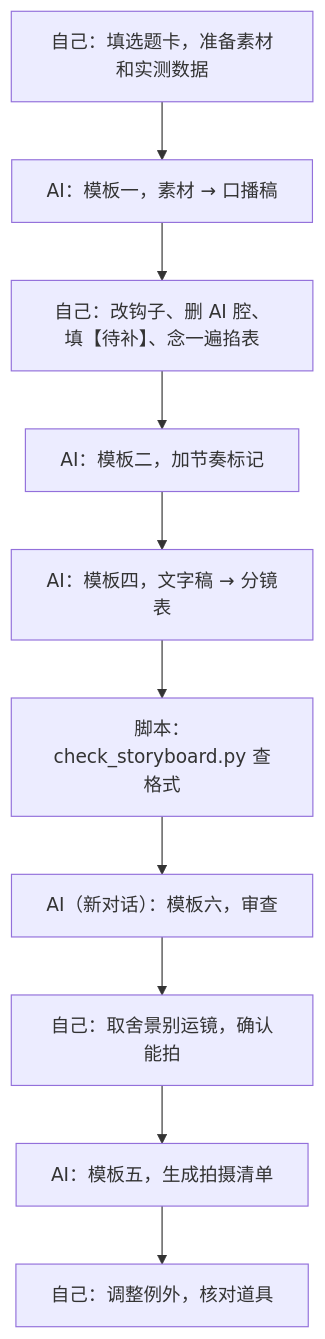
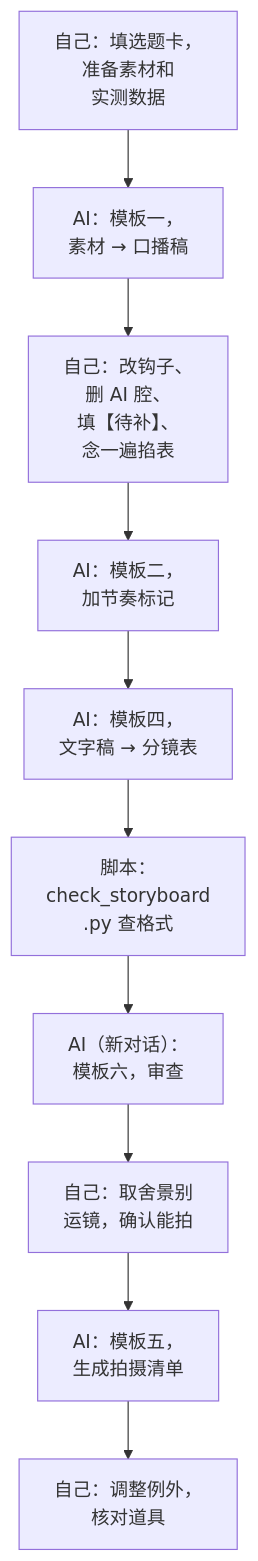
Before and after one commit to jarvis-pro/hatch-shelf: the diagram in books/video-script-storyboard/09-ai-assist.md, drawn with Mermaid. The commit also changed 432 other files, not shown here.

````diff
--- a/books/video-script-storyboard/09-ai-assist.md
+++ b/books/video-script-storyboard/09-ai-assist.md
@@ -266,12 +266,12 @@
 ```mermaid
 flowchart TD
-  A["自己：填选题卡，准备素材和实测数据"] --> B["AI：模板一，素材 → 口播稿"]
-  B --> C["自己：改钩子、删 AI 腔、填【待补】、念一遍掐表"]
-  C --> D["AI：模板二，加节奏标记"]
-  D --> E["AI：模板四，文字稿 → 分镜表"]
-  E --> F["脚本：check_storyboard.py 查格式"]
-  F --> G["AI（新对话）：模板六，审查"]
-  G --> H["自己：取舍景别运镜，确认能拍"]
-  H --> I["AI：模板五，生成拍摄清单"]
-  I --> J["自己：调整例外，核对道具"]
+  A["自己：填选题卡，<br/>准备素材和<br/>实测数据"] --> B["AI：模板一，<br/>素材 → 口播稿"]
+  B --> C["自己：改钩子、<br/>删 AI 腔、<br/>填【待补】、<br/>念一遍掐表"]
+  C --> D["AI：模板二，<br/>加节奏标记"]
+  D --> E["AI：模板四，<br/>文字稿 → 分镜表"]
+  E --> F["脚本：<br/>check_storyboard<br/>.py 查格式"]
+  F --> G["AI（新对话）：<br/>模板六，审查"]
+  G --> H["自己：取舍景别<br/>运镜，确认能拍"]
+  H --> I["AI：模板五，<br/>生成拍摄清单"]
+  I --> J["自己：调整例外，<br/>核对道具"]
 ```
````
